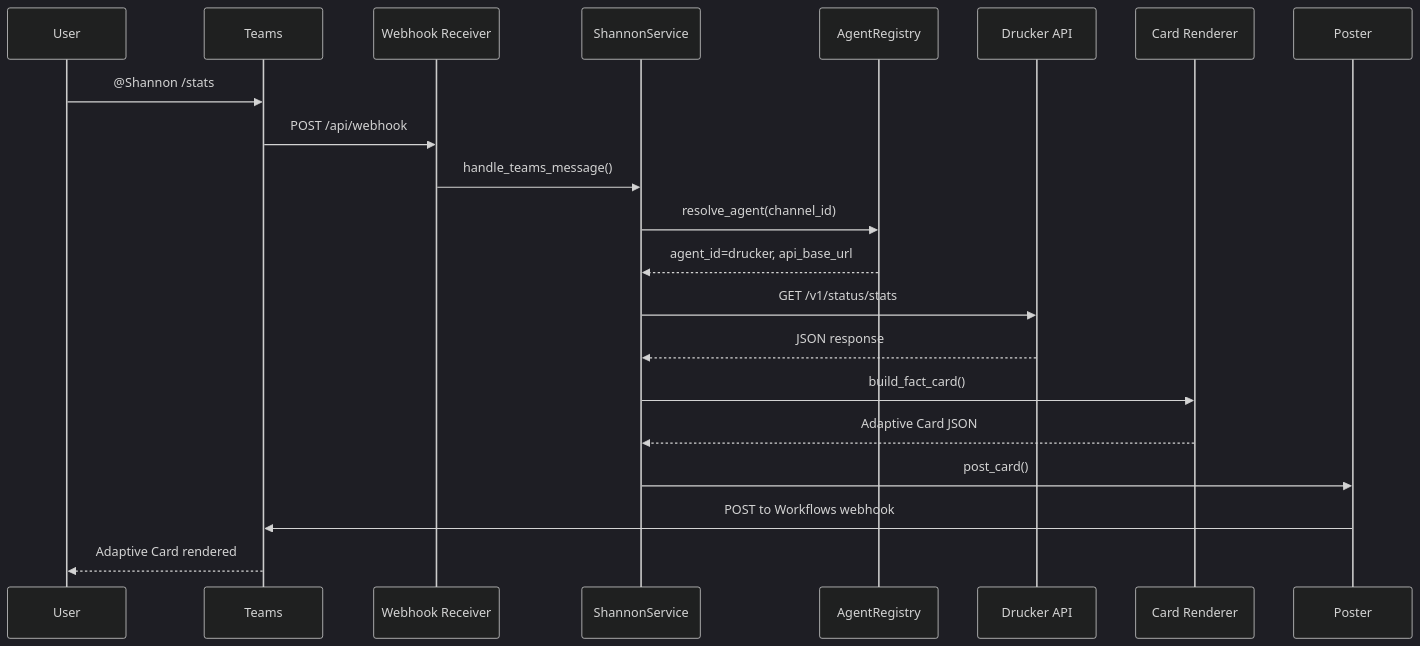
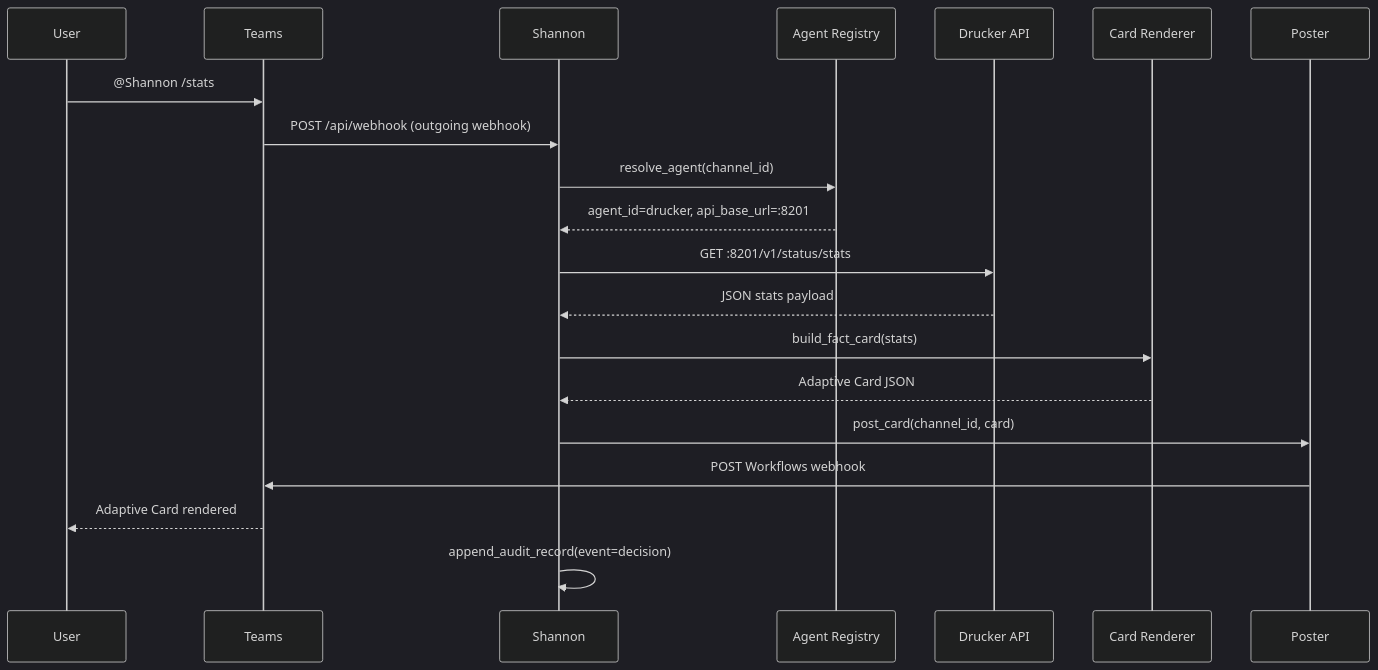
One commit to jmac-cornelis/agent-workforce changed the second of 4 diagrams in agents/shannon/docs/as-built.md. Above: the diagram before and after it, drawn with Mermaid (dark theme). The commit also changed other lines of this file and 7 other files, not shown here.

````diff
--- a/agents/shannon/docs/as-built.md
+++ b/agents/shannon/docs/as-built.md
@@ -77,24 +77,23 @@
 ```mermaid
 sequenceDiagram
     participant U as User
     participant T as Teams
-    participant WH as Webhook Receiver
-    participant SVC as ShannonService
-    participant REG as AgentRegistry
-    participant API as Drucker API
+    participant SH as Shannon
+    participant REG as Agent Registry
+    participant DR as Drucker API
     participant CARD as Card Renderer
     participant POST as Poster
 
     U->>T: @Shannon /stats
-    T->>WH: POST /api/webhook
-    WH->>SVC: handle_teams_message()
-    SVC->>REG: resolve_agent(channel_id)
-    REG-->>SVC: agent_id=drucker, api_base_url
-    SVC->>API: GET /v1/status/stats
-    API-->>SVC: JSON response
-    SVC->>CARD: build_fact_card()
-    CARD-->>SVC: Adaptive Card JSON
-    SVC->>POST: post_card()
-    POST->>T: POST to Workflows webhook
+    T->>SH: POST /api/webhook (outgoing webhook)
+    SH->>REG: resolve_agent(channel_id)
+    REG-->>SH: agent_id=drucker, api_base_url=:8201
+    SH->>DR: GET :8201/v1/status/stats
+    DR-->>SH: JSON stats payload
+    SH->>CARD: build_fact_card(stats)
+    CARD-->>SH: Adaptive Card JSON
+    SH->>POST: post_card(channel_id, card)
+    POST->>T: POST Workflows webhook
     T-->>U: Adaptive Card rendered
+    SH->>SH: append_audit_record(event=decision)
 ```
````
